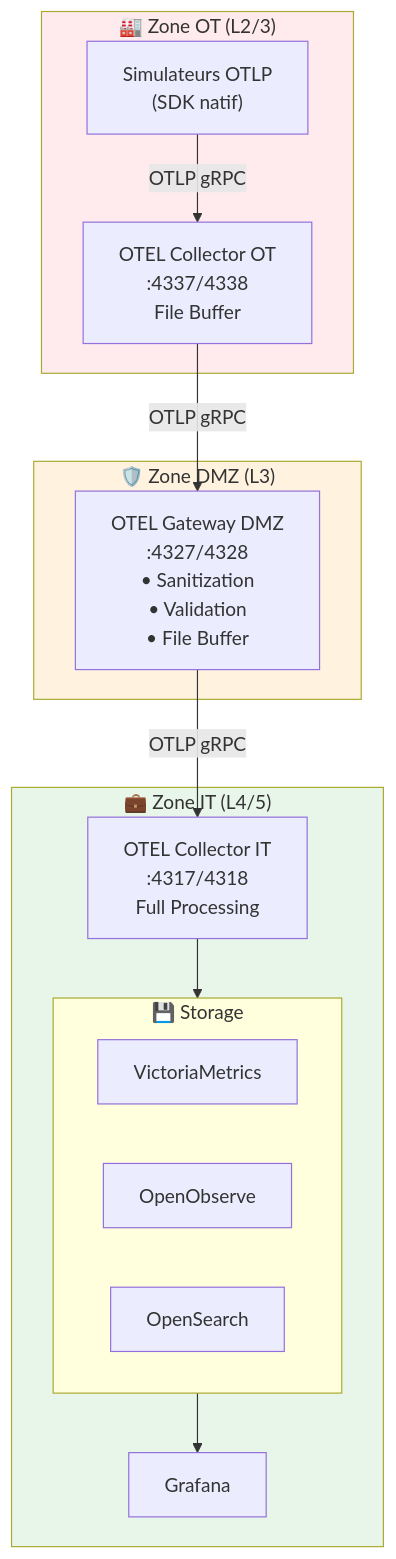
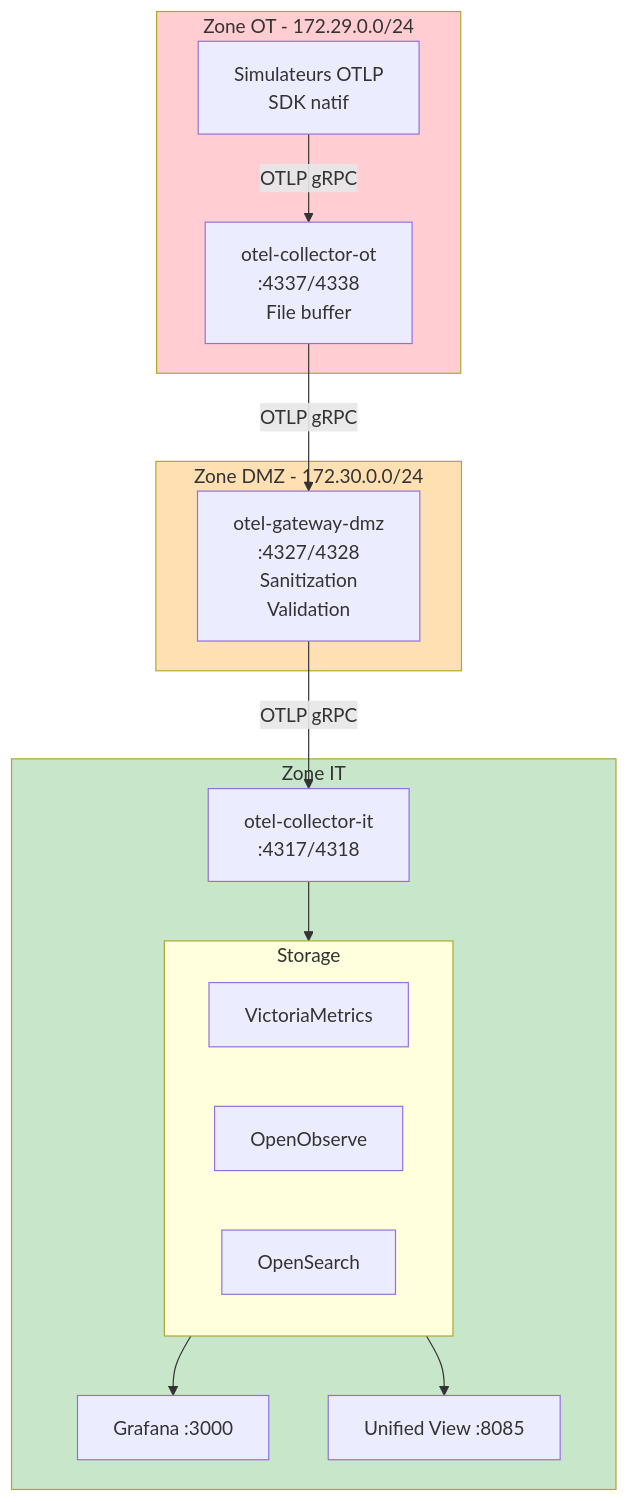
The third of 5 diagrams in docs/ARCHITECTURE.md (E4Itraining/OOVMTEL), drawn with Mermaid before and after one commit. The commit also changed other lines of this file, not shown here.

First line of the commit message:
docs: complete architecture documentation with detailed diagrams

````diff
--- a/docs/ARCHITECTURE.md
+++ b/docs/ARCHITECTURE.md
@@ -147,33 +314,35 @@
 ```mermaid
 flowchart TB
-    subgraph OT_ZONE["🏭 Zone OT (L2/3)"]
-        SIM["Simulateurs OTLP<br/>(SDK natif)"]
-        OTEL_OT["OTEL Collector OT<br/>:4337/4338<br/>File Buffer"]
+    subgraph OT["Zone OT - 172.29.0.0/24"]
+        SIM["Simulateurs OTLP<br/>SDK natif"]
+        OTEL_OT["otel-collector-ot<br/>:4337/4338<br/>File buffer"]
     end
 
-    subgraph DMZ_ZONE["🛡️ Zone DMZ (L3)"]
-        GW["OTEL Gateway DMZ<br/>:4327/4328<br/>• Sanitization<br/>• Validation<br/>• File Buffer"]
+    subgraph DMZ["Zone DMZ - 172.30.0.0/24"]
+        GW["otel-gateway-dmz<br/>:4327/4328<br/>Sanitization<br/>Validation"]
     end
 
-    subgraph IT_ZONE["💼 Zone IT (L4/5)"]
-        OTEL_IT["OTEL Collector IT<br/>:4317/4318<br/>Full Processing"]
+    subgraph IT["Zone IT"]
+        OTEL_IT["otel-collector-it<br/>:4317/4318"]
 
-        subgraph BACKENDS["💾 Storage"]
+        subgraph BACKENDS["Storage"]
             VM["VictoriaMetrics"]
             OO["OpenObserve"]
             OS["OpenSearch"]
         end
 
-        GRAFANA["Grafana"]
+        GRAFANA["Grafana :3000"]
+        UNIFIED["Unified View :8085"]
     end
 
     SIM --> |OTLP gRPC| OTEL_OT
     OTEL_OT --> |OTLP gRPC| GW
     GW --> |OTLP gRPC| OTEL_IT
     OTEL_IT --> BACKENDS
     BACKENDS --> GRAFANA
+    BACKENDS --> UNIFIED
 
-    style OT_ZONE fill:#ffebee
-    style DMZ_ZONE fill:#fff3e0
-    style IT_ZONE fill:#e8f5e9
+    style OT fill:#ffcdd2
+    style DMZ fill:#ffe0b2
+    style IT fill:#c8e6c9
 ```
````
